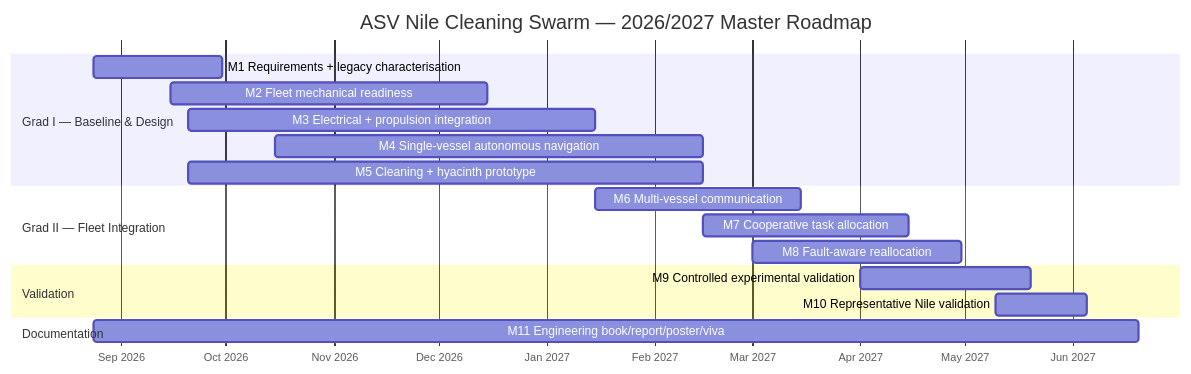
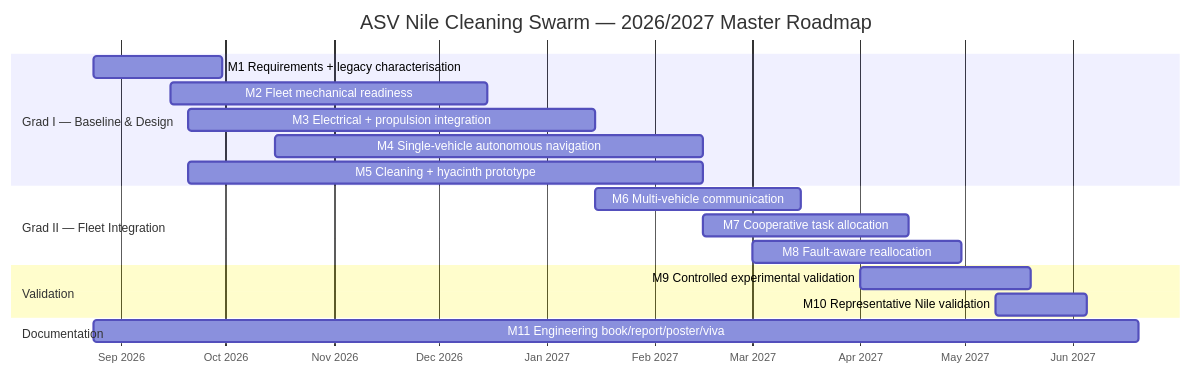
Before and after one commit to aihamawd/asv-nile-cleaning-swarm: the first of 2 diagrams in docs/project-management/GANTT.md, drawn with Mermaid. The commit also changed other lines of this file and 13 other files, not shown here.

Commit message:
docs: align operating architecture and ASV terminology

````diff
--- a/docs/project-management/GANTT.md
+++ b/docs/project-management/GANTT.md
@@ -7,25 +7,25 @@
 ```mermaid
 gantt
     title ASV Nile Cleaning Swarm — 2026/2027 Master Roadmap
     dateFormat  YYYY-MM-DD
     axisFormat  %b %Y
 
     section Grad I — Baseline & Design
     M1 Requirements + legacy characterisation :m1, 2026-08-24, 2026-09-30
     M2 Fleet mechanical readiness             :m2, 2026-09-15, 2026-12-15
     M3 Electrical + propulsion integration    :m3, 2026-09-20, 2027-01-15
-    M4 Single-vessel autonomous navigation    :m4, 2026-10-15, 2027-02-15
+    M4 Single-vehicle autonomous navigation    :m4, 2026-10-15, 2027-02-15
     M5 Cleaning + hyacinth prototype          :m5, 2026-09-20, 2027-02-15
 
     section Grad II — Fleet Integration
-    M6 Multi-vessel communication             :m6, 2027-01-15, 2027-03-15
+    M6 Multi-vehicle communication             :m6, 2027-01-15, 2027-03-15
     M7 Cooperative task allocation            :m7, 2027-02-15, 2027-04-15
     M8 Fault-aware reallocation               :m8, 2027-03-01, 2027-04-30
 
     section Validation
     M9 Controlled experimental validation     :m9, 2027-04-01, 2027-05-20
     M10 Representative Nile validation        :m10, 2027-05-10, 2027-06-05
 
     section Documentation
     M11 Engineering book/report/poster/viva   :m11, 2026-08-24, 2027-06-20
 ```
````
